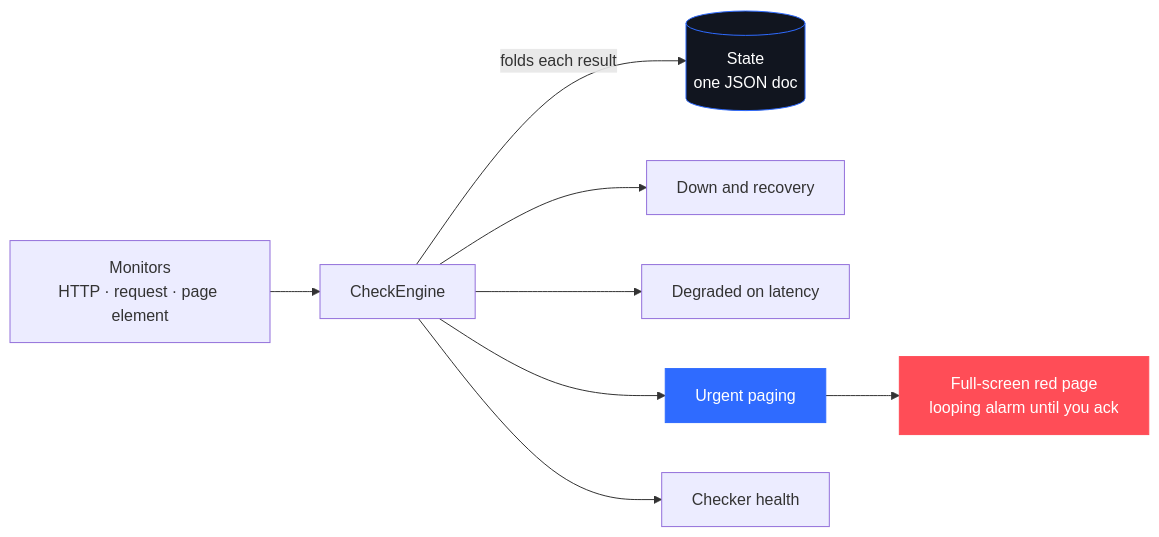
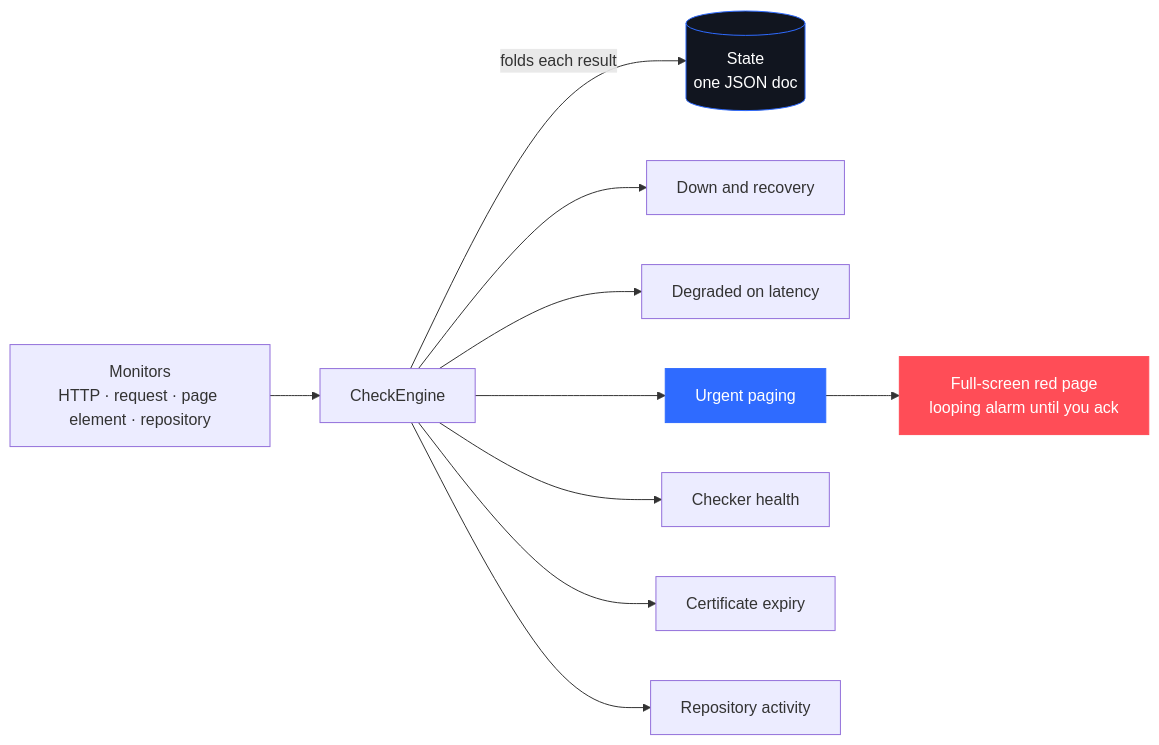
The diagram in README.md (riveerxd/nightbell), drawn with Mermaid before and after one commit. The commit also changed other lines of this file, not shown here.

````diff
--- a/README.md
+++ b/README.md
@@ -163,13 +212,15 @@
 ```mermaid
 flowchart LR
-    M["Monitors<br/>HTTP · request · page element"] --> E["CheckEngine"]
+    M["Monitors<br/>HTTP · request · page element · repository"] --> E["CheckEngine"]
     E -->|folds each result| DB[("State<br/>one JSON doc")]
     E --> A1["Down and recovery"]
     E --> A2["Degraded on latency"]
     E --> A3["Urgent paging"]
     E --> A4["Checker health"]
+    E --> A5["Certificate expiry"]
+    E --> A6["Repository activity"]
     A3 --> PG["Full-screen red page<br/>looping alarm until you ack"]
     style A3 fill:#2F6BFF,stroke:#2F6BFF,color:#ffffff
     style PG fill:#FF4D57,stroke:#FF4D57,color:#ffffff
     style DB fill:#11151f,stroke:#2F6BFF,color:#ffffff
 ```
````
